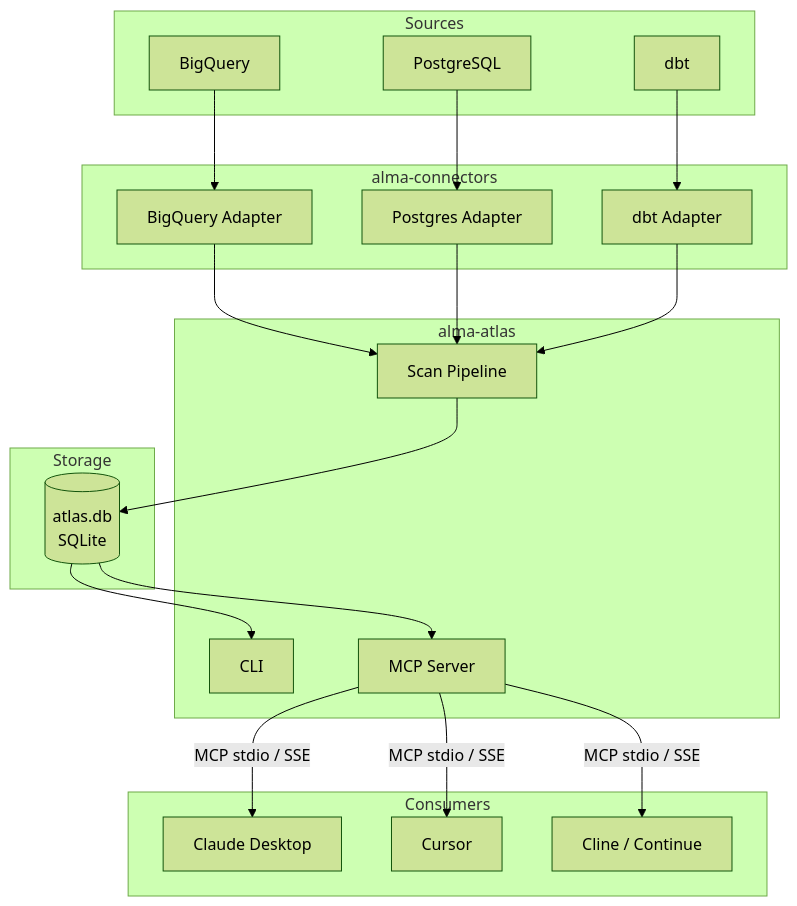
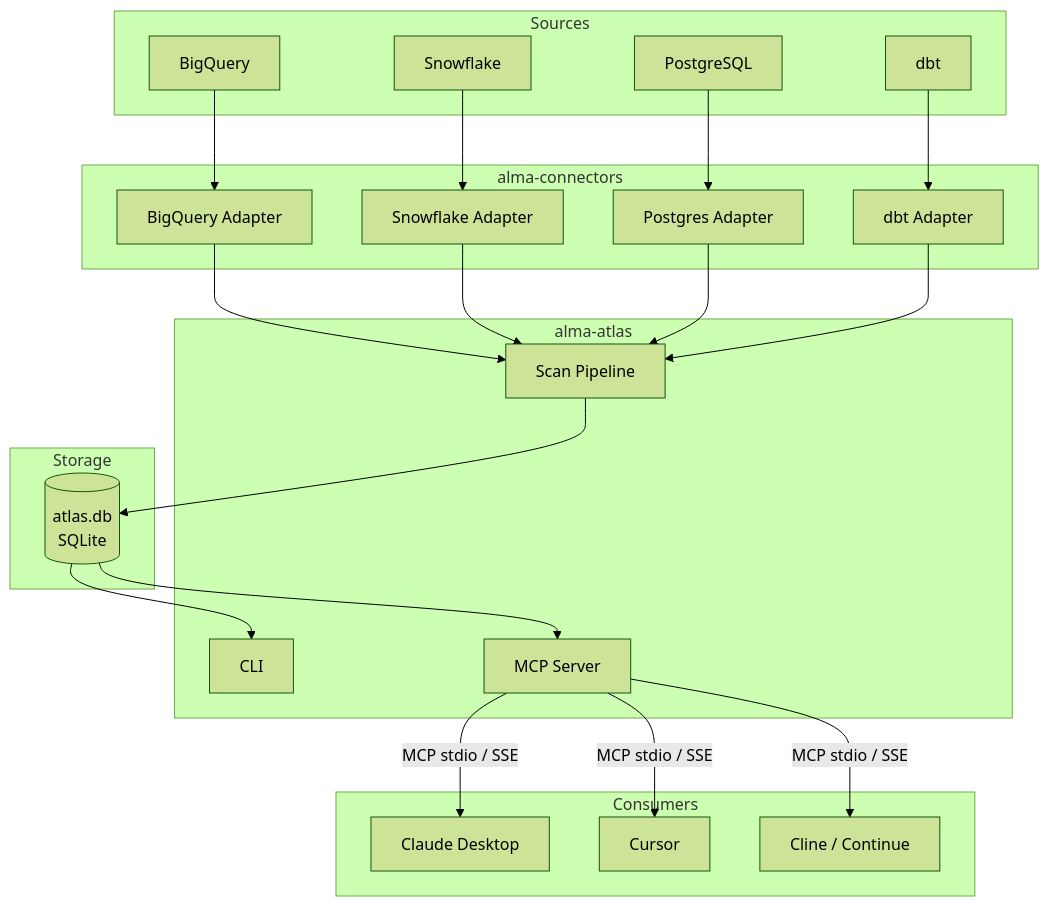
Before and after one commit to velum-labs/atlas: the diagram in README.md, drawn with Mermaid (forest theme). The commit also changed other lines of this file and 6 other files, not shown here.

````diff
--- a/README.md
+++ b/README.md
@@ -78,46 +105,50 @@
 ```mermaid
 graph TD
     subgraph Sources
         BQ[BigQuery]
+        SF[Snowflake]
         PG[PostgreSQL]
         DBT[dbt]
     end
 
     subgraph alma-connectors
         BQA[BigQuery Adapter]
+        SFA[Snowflake Adapter]
         PGA[Postgres Adapter]
         DBTA[dbt Adapter]
     end
 
     subgraph alma-atlas
         PIPE[Scan Pipeline]
         CLI[CLI]
         MCP[MCP Server]
     end
 
     subgraph Storage
         DB[(atlas.db\nSQLite)]
     end
 
     subgraph Consumers
         CLAUDE[Claude Desktop]
         CURSOR[Cursor]
         CLINE[Cline / Continue]
     end
 
     BQ --> BQA
+    SF --> SFA
     PG --> PGA
     DBT --> DBTA
 
     BQA --> PIPE
+    SFA --> PIPE
     PGA --> PIPE
     DBTA --> PIPE
 
     PIPE --> DB
     DB --> CLI
     DB --> MCP
 
     MCP -->|MCP stdio / SSE| CLAUDE
     MCP -->|MCP stdio / SSE| CURSOR
     MCP -->|MCP stdio / SSE| CLINE
 ```
````
